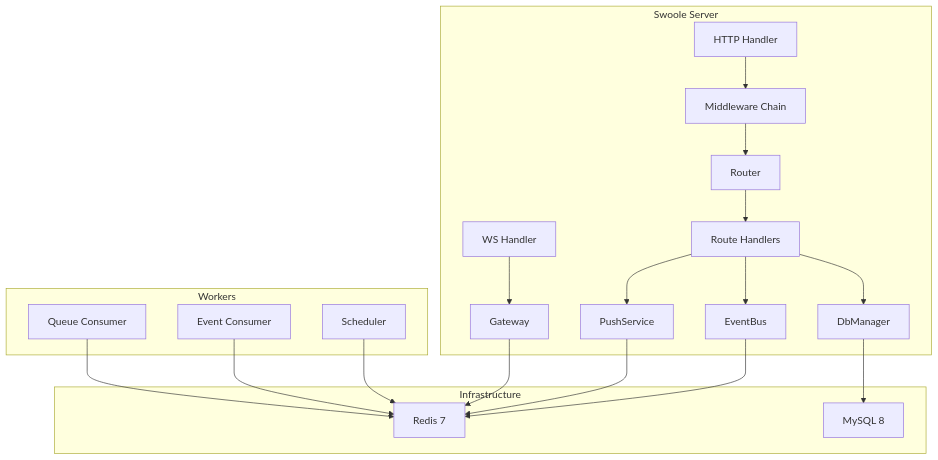
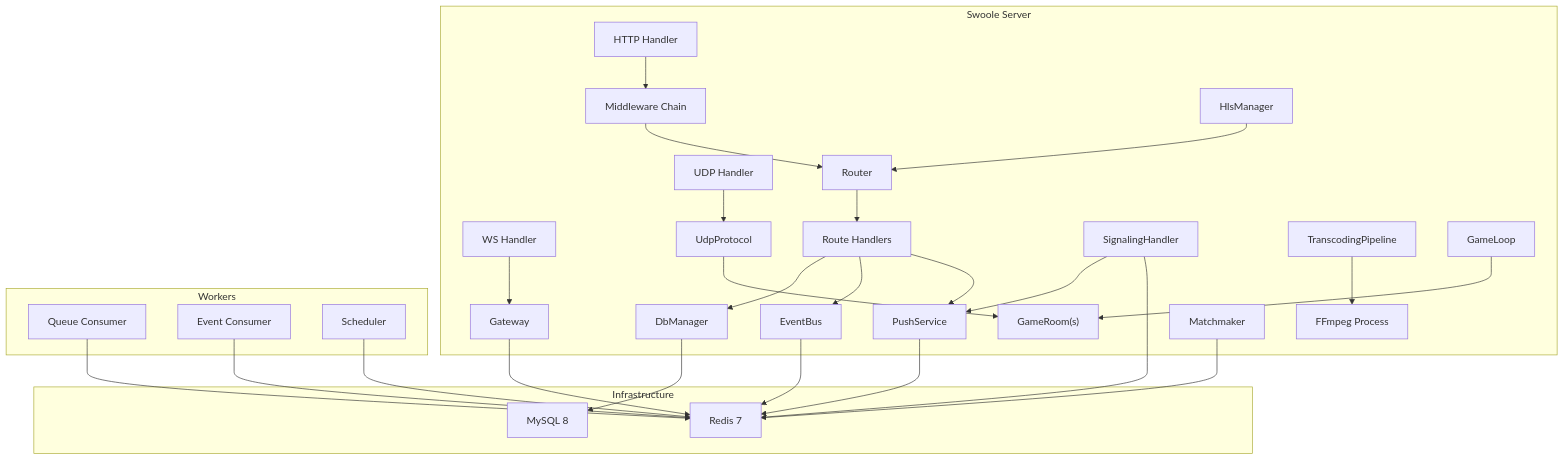
One commit to easiviotech/fabriq changed the diagram in docs/ARCHITECTURE.md. Above: the diagram before and after it, drawn with Mermaid. The commit also changed other lines of this file and 133 other files, not shown here.

````diff
--- a/docs/ARCHITECTURE.md
+++ b/docs/ARCHITECTURE.md
@@ -15,31 +17,40 @@
 ```mermaid
 graph TD
     subgraph "Swoole Server"
         HTTP["HTTP Handler"] --> MW["Middleware Chain"]
         WS["WS Handler"] --> GW["Gateway"]
+        UDP["UDP Handler"] --> UdpProto["UdpProtocol"]
         MW --> Router["Router"]
         Router --> Handlers["Route Handlers"]
         Handlers --> DB["DbManager"]
         Handlers --> EventBus["EventBus"]
         Handlers --> Push["PushService"]
+        Signaling["SignalingHandler"] --> Push
+        Transcode["TranscodingPipeline"] --> FFmpeg["FFmpeg Process"]
+        HLS["HlsManager"] --> Router
+        GameLoop["GameLoop"] --> GameRooms["GameRoom(s)"]
+        UdpProto --> GameRooms
+        Matchmaker["Matchmaker"]
     end
 
     subgraph "Workers"
         Consumer["Queue Consumer"]
         EventConsumer["Event Consumer"]
         Scheduler["Scheduler"]
     end
 
     subgraph "Infrastructure"
         MySQL["MySQL 8"]
         Redis["Redis 7"]
     end
 
     DB --> MySQL
     GW --> Redis
     Push --> Redis
     EventBus --> Redis
     Consumer --> Redis
     EventConsumer --> Redis
     Scheduler --> Redis
+    Matchmaker --> Redis
+    Signaling --> Redis
 ```
````
